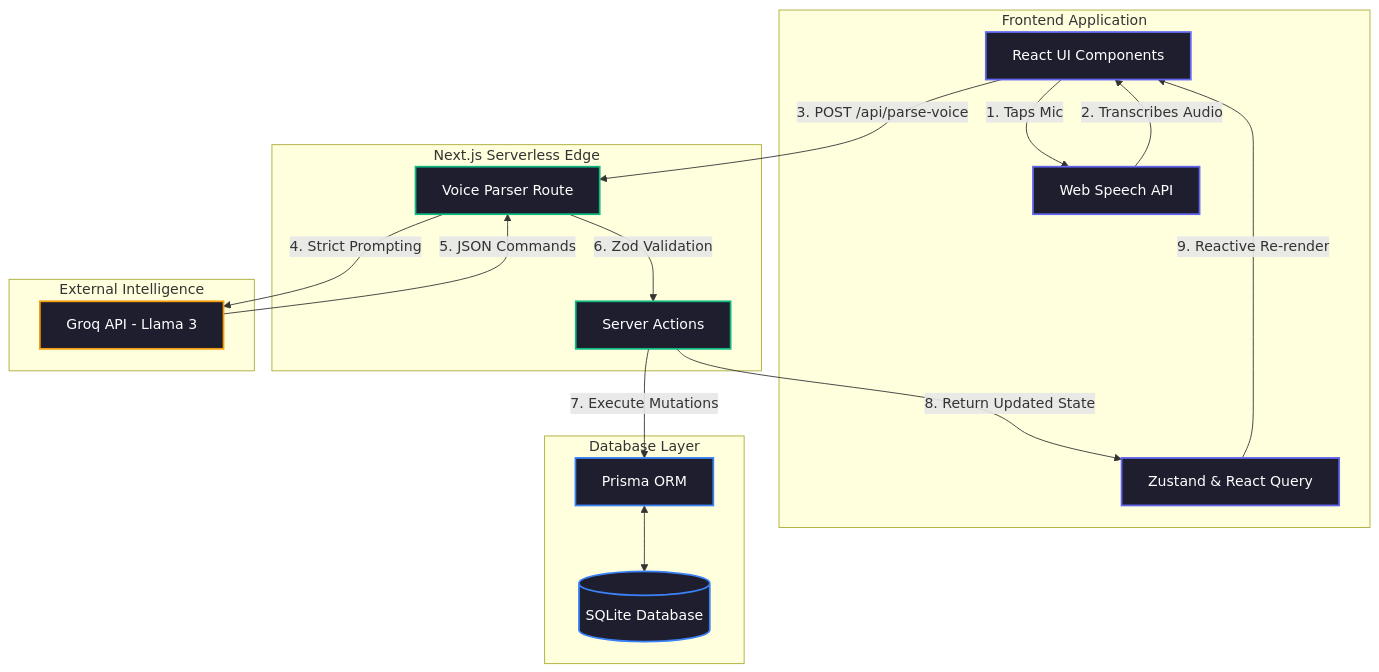
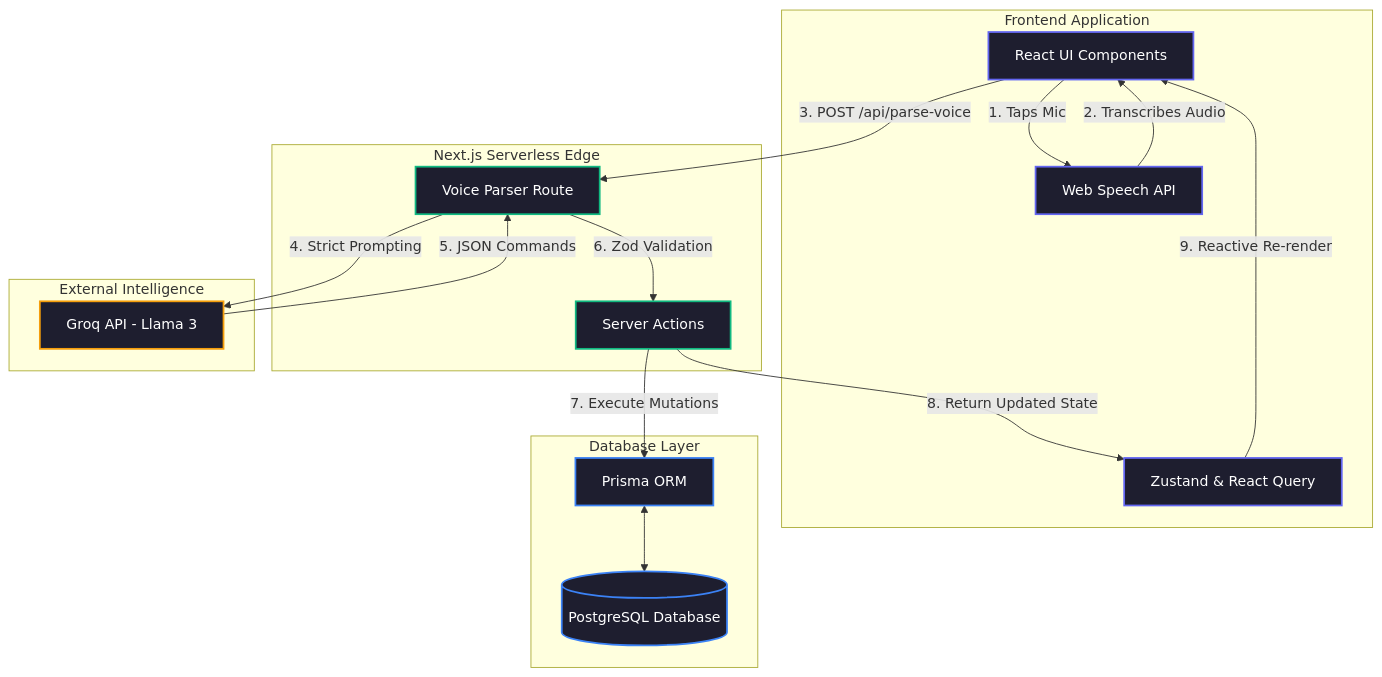
Before and after one commit to TusharSaxena2004/voice-cart: the diagram in README.md, drawn with Mermaid. The commit also changed other lines of this file, not shown here.

Commit message:
docs: update README with PostgreSQL and flat UI changes

````diff
--- a/README.md
+++ b/README.md
@@ -37,40 +37,40 @@
 ```mermaid
 graph TD
     %% Define Styles
     classDef client fill:#1e1e2f,stroke:#6366f1,stroke-width:2px,color:#fff
     classDef server fill:#1e1e2f,stroke:#10b981,stroke-width:2px,color:#fff
     classDef external fill:#1e1e2f,stroke:#f59e0b,stroke-width:2px,color:#fff
     classDef db fill:#1e1e2f,stroke:#3b82f6,stroke-width:2px,color:#fff
 
     subgraph Client [Frontend Application]
         UI[React UI Components]:::client
         Speech[Web Speech API]:::client
         State[Zustand & React Query]:::client
     end
 
     subgraph Backend [Next.js Serverless Edge]
         Parser[Voice Parser Route]:::server
         Actions[Server Actions]:::server
     end
 
     subgraph AI [External Intelligence]
         Groq[Groq API - Llama 3]:::external
     end
 
     subgraph Storage [Database Layer]
         Prisma[Prisma ORM]:::db
-        SQLite[(SQLite Database)]:::db
+        PostgreSQL[(PostgreSQL Database)]:::db
     end
 
     %% Flow
     UI -- 1. Taps Mic --> Speech
     Speech -- 2. Transcribes Audio --> UI
     UI -- 3. POST /api/parse-voice --> Parser
     Parser -- 4. Strict Prompting --> Groq
     Groq -- 5. JSON Commands --> Parser
     Parser -- 6. Zod Validation --> Actions
     Actions -- 7. Execute Mutations --> Prisma
-    Prisma <--> SQLite
+    Prisma <--> PostgreSQL
     Actions -- 8. Return Updated State --> State
     State -- 9. Reactive Re-render --> UI
 ```
````
